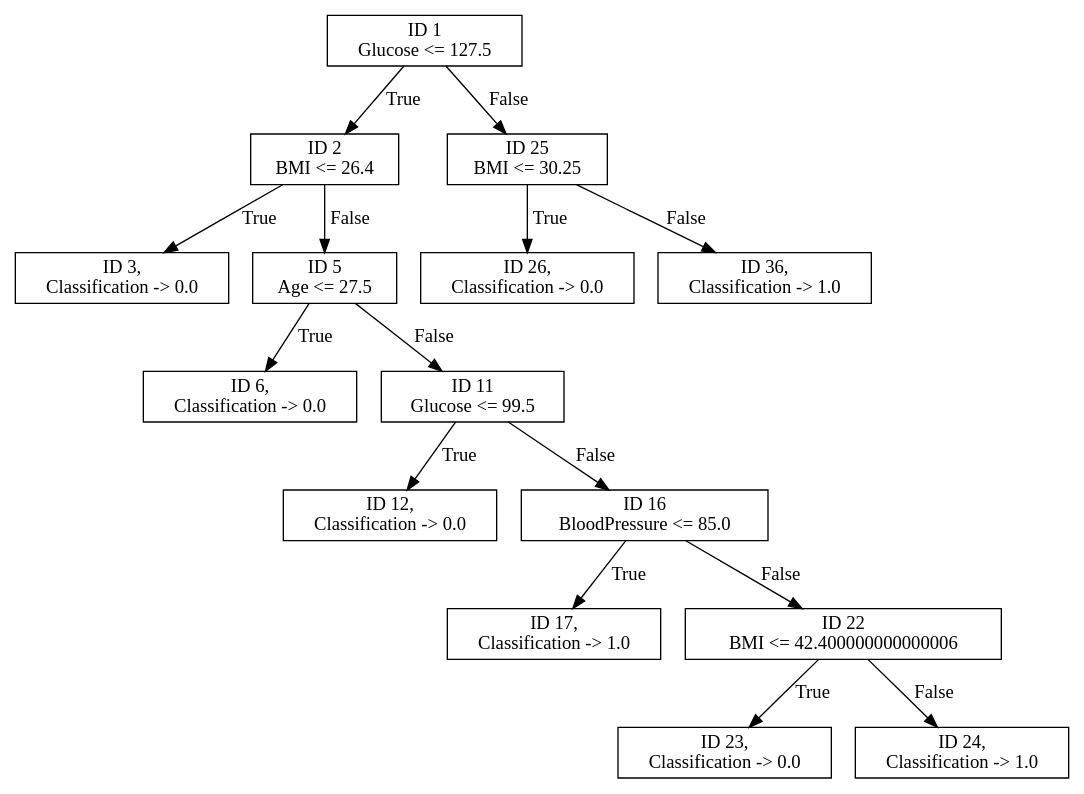
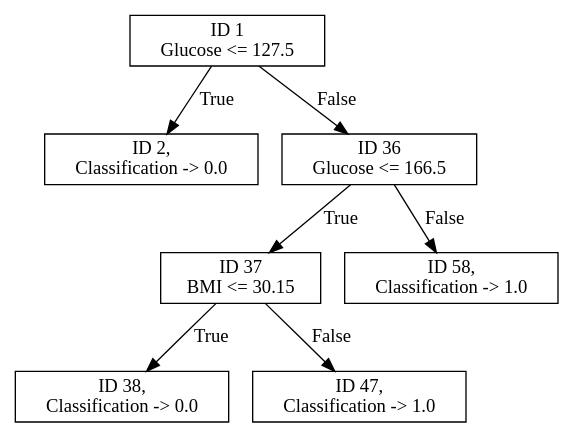
The diagram in Assign1/prunedDT.gv (anime-sh/CS60050_Assignments), drawn with Graphviz before and after one commit. The commit also changed 14 other files, not shown here.

```diff
--- a/Assign1/prunedDT.gv
+++ b/Assign1/prunedDT.gv
@@ -1,73 +1,33 @@
 digraph "Decision Tree" {
 	node [shape=rectangle]
 	"ID 1
 Glucose <= 127.5
-" -> "ID 2
-BMI <= 26.4
+" -> "ID 2,
+Classification -> 0.0
 " [label=True]
 	"ID 1
 Glucose <= 127.5
-" -> "ID 25
-BMI <= 30.25
+" -> "ID 36
+Glucose <= 166.5
 " [label=False]
-	"ID 2
-BMI <= 26.4
-" -> "ID 3,
+	"ID 36
+Glucose <= 166.5
+" -> "ID 37
+BMI <= 30.15
+" [label=True]
+	"ID 36
+Glucose <= 166.5
+" -> "ID 58,
+Classification -> 1.0
+" [label=False]
+	"ID 37
+BMI <= 30.15
+" -> "ID 38,
 Classification -> 0.0
 " [label=True]
-	"ID 2
-BMI <= 26.4
-" -> "ID 5
-Age <= 27.5
-" [label=False]
-	"ID 25
-BMI <= 30.25
-" -> "ID 26,
-Classification -> 0.0
-" [label=True]
-	"ID 25
-BMI <= 30.25
-" -> "ID 36,
-Classification -> 1.0
-" [label=False]
-	"ID 5
-Age <= 27.5
-" -> "ID 6,
-Classification -> 0.0
-" [label=True]
-	"ID 5
-Age <= 27.5
-" -> "ID 11
-Glucose <= 99.5
-" [label=False]
-	"ID 11
-Glucose <= 99.5
-" -> "ID 12,
-Classification -> 0.0
-" [label=True]
-	"ID 11
-Glucose <= 99.5
-" -> "ID 16
-BloodPressure <= 85.0
-" [label=False]
-	"ID 16
-BloodPressure <= 85.0
-" -> "ID 17,
-Classification -> 1.0
-" [label=True]
-	"ID 16
-BloodPressure <= 85.0
-" -> "ID 22
-BMI <= 42.400000000000006
-" [label=False]
-	"ID 22
-BMI <= 42.400000000000006
-" -> "ID 23,
-Classification -> 0.0
-" [label=True]
-	"ID 22
-BMI <= 42.400000000000006
-" -> "ID 24,
+	"ID 37
+BMI <= 30.15
+" -> "ID 47,
 Classification -> 1.0
 " [label=False]
 }
```
